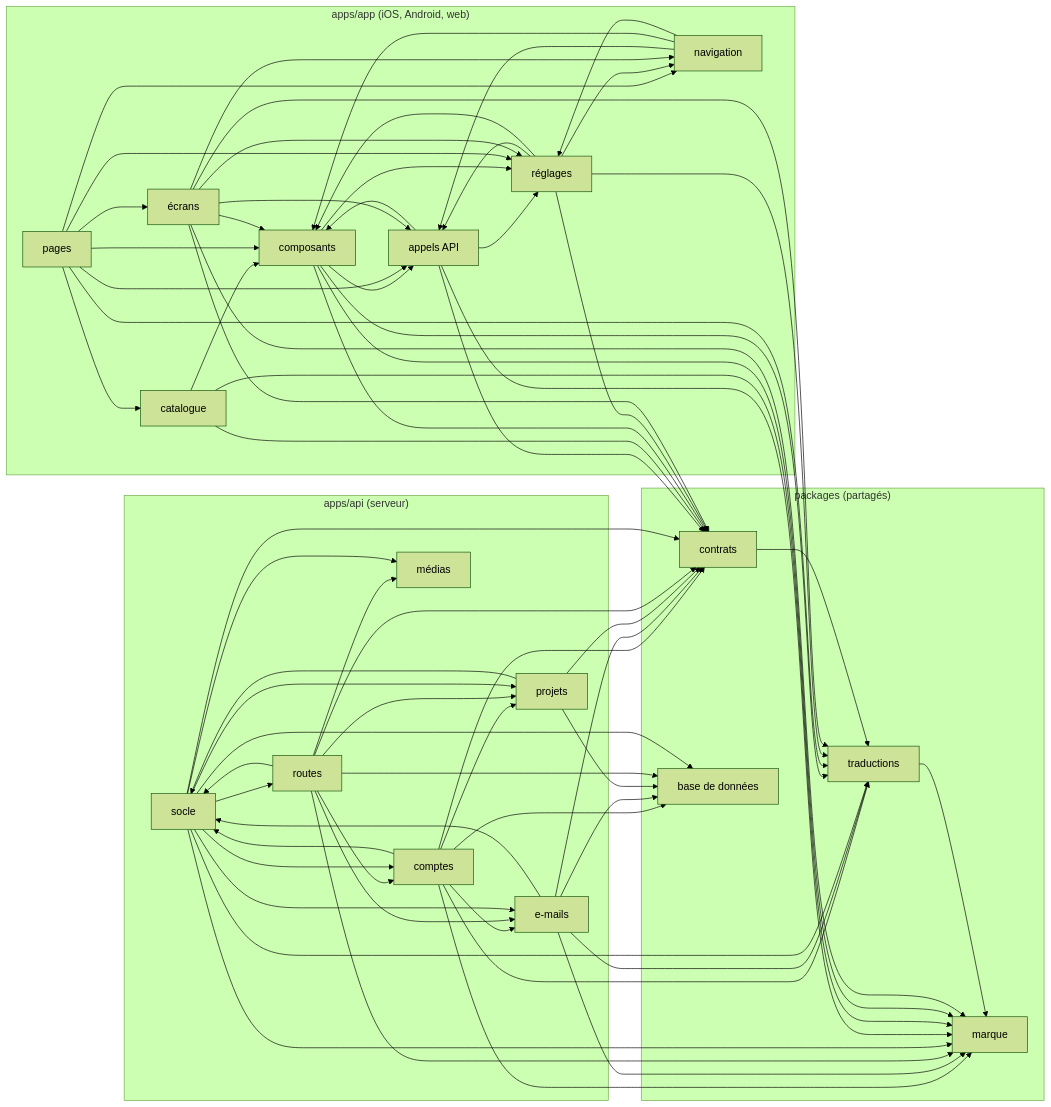
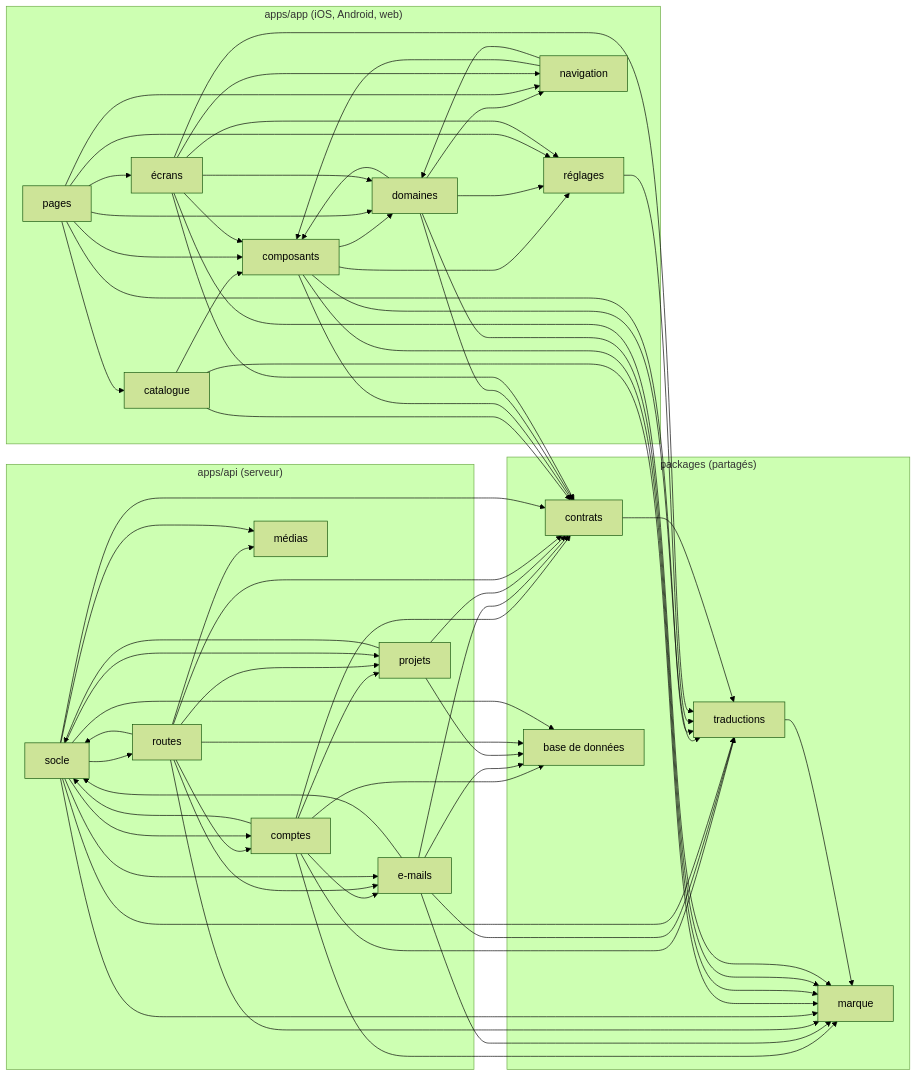
One commit to EthogramHQ/Waiggle changed the diagram in docs/architecture/dependances.md. Above: the diagram before and after it, drawn with Mermaid (forest theme). The commit also changed 1 other file, not shown here.

Commit message:
chore(arch): file every app domain folder under one layer, not under settings
Only six folders counted as API calls; the domain folders added since slice 4 (feed, follows, notes, comments, reactions, mentions, notifications, email, reports, moderation, blocks) fell into the settings layer, so the rule that keeps components away from API calls did not watch them. Any src/ folder that is not a layer of its own is now a domain; settings keeps the files at the root of src/.

```diff
--- a/docs/architecture/dependances.md
+++ b/docs/architecture/dependances.md
@@ -9,7 +9,7 @@
   subgraph appli["apps/app (iOS, Android, web)"]
     n2["composants"]
     n0["pages"]
-    n5["appels API"]
+    n6["domaines"]
     n7["réglages"]
     n4["navigation"]
     n1["écrans"]
@@ -61,35 +61,31 @@
   n14 --> n15
   n14 --> n18
   n14 --> n17
-  n5 --> n2
-  n5 --> n7
-  n5 --> n15
-  n5 --> n18
   n3 --> n2
   n3 --> n15
   n3 --> n18
-  n2 --> n5
+  n2 --> n6
   n2 --> n7
   n2 --> n15
   n2 --> n18
   n2 --> n17
-  n4 --> n5
+  n6 --> n2
+  n6 --> n4
+  n6 --> n7
+  n6 --> n15
+  n6 --> n18
   n4 --> n2
-  n4 --> n7
-  n0 --> n5
+  n4 --> n6
   n0 --> n3
   n0 --> n2
+  n0 --> n6
   n0 --> n4
   n0 --> n7
   n0 --> n1
   n0 --> n17
-  n7 --> n5
-  n7 --> n2
-  n7 --> n4
-  n7 --> n15
   n7 --> n17
-  n1 --> n5
   n1 --> n2
+  n1 --> n6
   n1 --> n4
   n1 --> n7
   n1 --> n15
```
